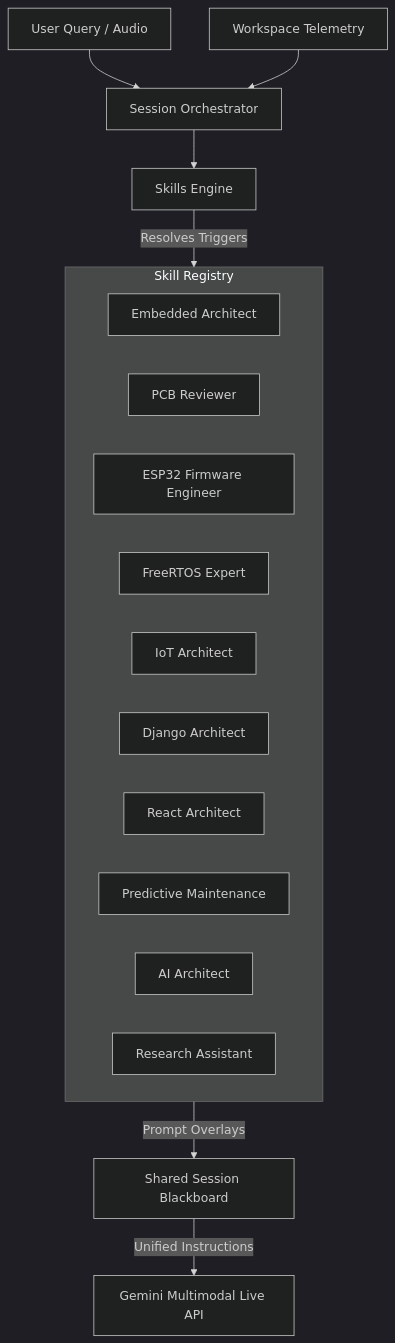
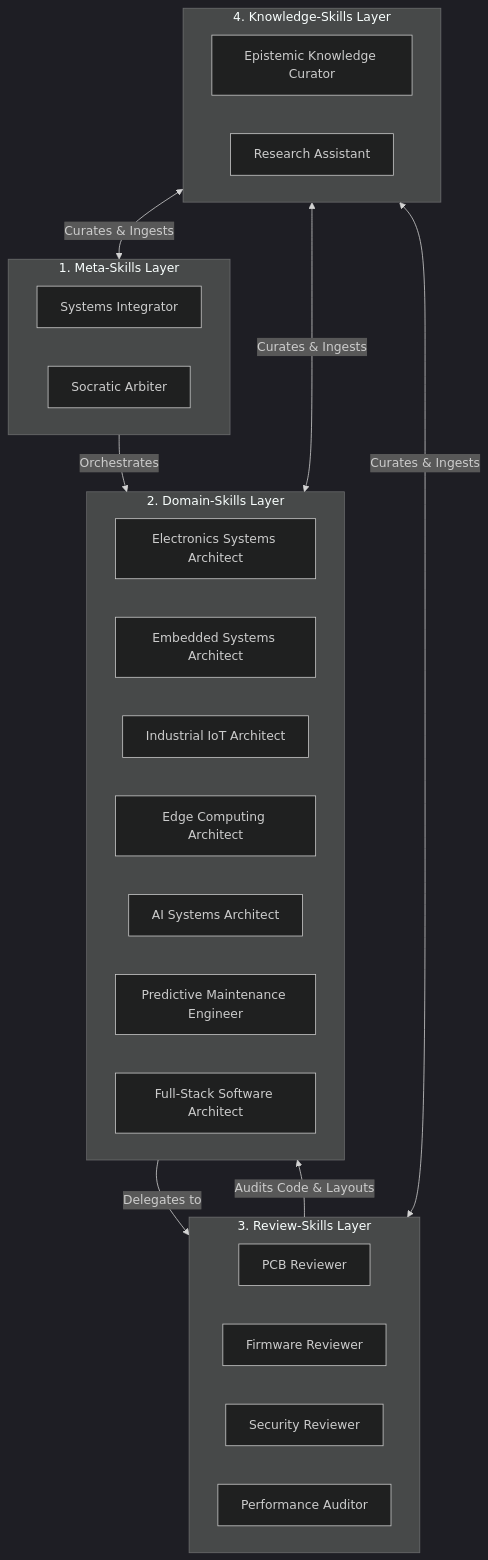
One commit to Akash-Kharat/Taksh changed the first of 4 diagrams in Skills/taksh_skills.md. Above: the diagram before and after it, drawn with Mermaid (dark theme). The commit also changed other lines of this file, not shown here.

Commit message:
docs: add epistemic framework and operational specifications for the Taksh Skills Engine

````diff
--- a/Skills/taksh_skills.md
+++ b/Skills/taksh_skills.md
@@ -16,23 +13,31 @@
 ```mermaid
 graph TD
-    Query[User Query / Audio] --> Orch[Session Orchestrator]
-    Telemetry[Workspace Telemetry] --> Orch
-    Orch --> SE[Skills Engine]
-    
-    subgraph Registry [Skill Registry]
-        EA[Embedded Architect]
+    subgraph Meta_Layer [1. Meta-Skills Layer]
+        SI[Systems Integrator]
+        SA[Socratic Arbiter]
+    end
+    subgraph Domain_Layer [2. Domain-Skills Layer]
+        ESA[Electronics Systems Architect]
+        E_SA[Embedded Systems Architect]
+        IIA[Industrial IoT Architect]
+        ECA[Edge Computing Architect]
+        ASA[AI Systems Architect]
+        PME[Predictive Maintenance Engineer]
+        FSA[Full-Stack Software Architect]
+    end
+    subgraph Review_Layer [3. Review-Skills Layer]
         PR[PCB Reviewer]
-        FE[ESP32 Firmware Engineer]
-        RT[FreeRTOS Expert]
-        IA[IoT Architect]
-        DA[Django Architect]
-        RA[React Architect]
-        PM[Predictive Maintenance]
-        AA[AI Architect]
-        AS[Research Assistant]
+        FR[Firmware Reviewer]
+        SR[Security Reviewer]
+        PA[Performance Auditor]
+    end
+    subgraph Knowledge_Layer [4. Knowledge-Skills Layer]
+        EKC[Epistemic Knowledge Curator]
+        RA[Research Assistant]
     end
 
-    SE -->|Resolves Triggers| Registry
-    Registry -->|Prompt Overlays| BB[Shared Session Blackboard]
-    BB -->|Unified Instructions| Gemini[Gemini Multimodal Live API]
+    Meta_Layer -->|Orchestrates| Domain_Layer
+    Domain_Layer -->|Delegates to| Review_Layer
+    Review_Layer -->|Audits Code & Layouts| Domain_Layer
+    Knowledge_Layer <-->|Curates & Ingests| Meta_Layer & Domain_Layer & Review_Layer
 ```
````
